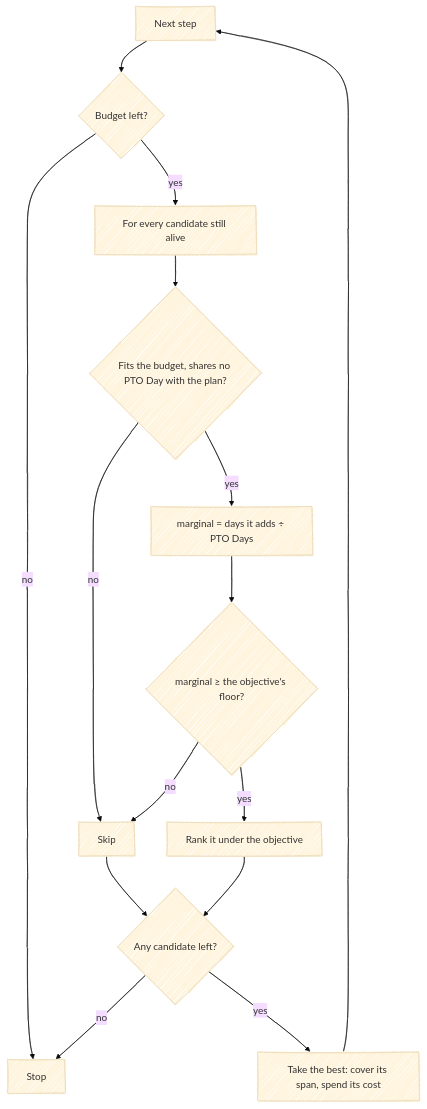
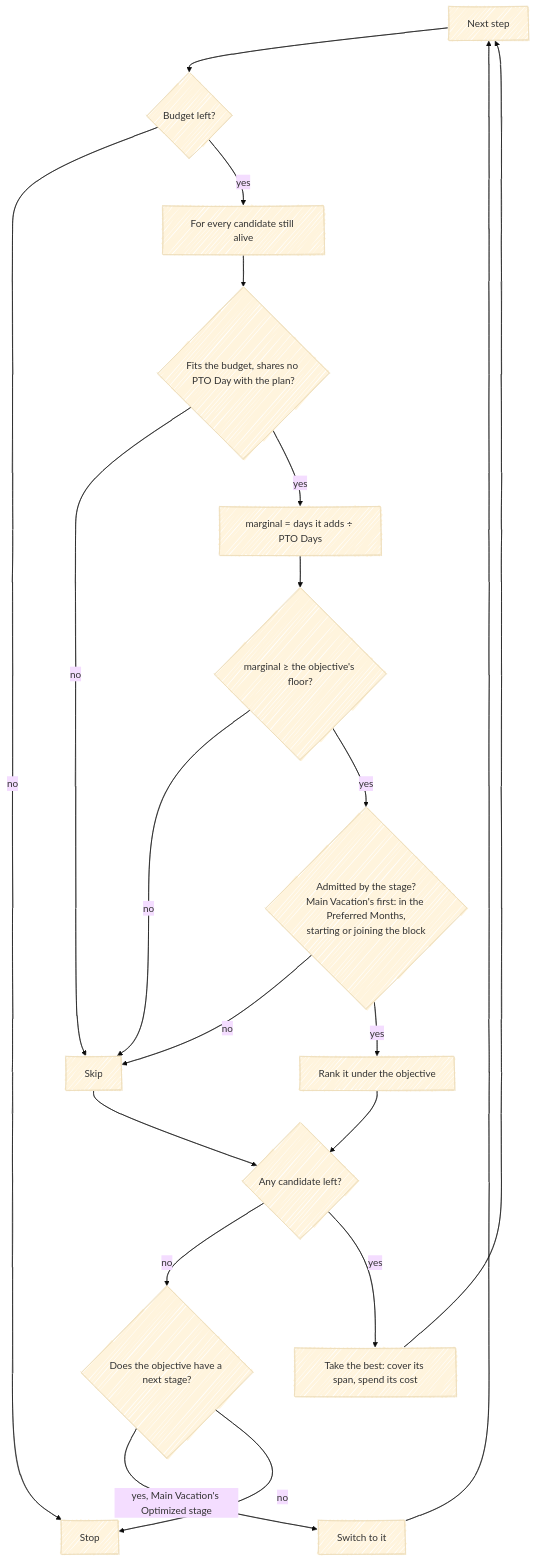
One commit to fbuireu/forever-pto changed the fourth of 4 diagrams in apps/docs/src/content/docs/how-it-works/planning-algorithm.mdx. Above: the diagram before and after it, drawn with Mermaid (base theme). The commit also changed other lines of this file and 21 other files, not shown here.

````diff
--- a/apps/docs/src/content/docs/how-it-works/planning-algorithm.mdx
+++ b/apps/docs/src/content/docs/how-it-works/planning-algorithm.mdx
@@ -139,21 +138,25 @@
 ```mermaid
 ---
 config:
   look: handDrawn
   layout: dagre
 ---
 flowchart TD
   STEP[Next step] --> SPENT{Budget left?}
   SPENT -- no --> DONE[Stop]
   SPENT -- yes --> EACH[For every candidate still alive]
   EACH --> FIT{Fits the budget, shares no PTO Day with the plan?}
   FIT -- no --> SKIP[Skip]
   FIT -- yes --> GAIN["marginal = days it adds ÷ PTO Days"]
   GAIN --> FLOOR{marginal ≥ the objective's floor?}
   FLOOR -- no --> SKIP
-  FLOOR -- yes --> RANK[Rank it under the objective]
+  FLOOR -- yes --> ADM{"Admitted by the stage?<br/>Main Vacation's first: in the Preferred Months,<br/>starting or joining the block"}
+  ADM -- no --> SKIP
+  ADM -- yes --> RANK[Rank it under the objective]
   RANK --> BEST{Any candidate left?}
   SKIP --> BEST
-  BEST -- no --> DONE
-  BEST -- yes --> TAKE[Take the best: cover its span, spend its cost] --> STEP
+  BEST -- no --> NEXT{"Does the objective have a next stage?"}
+  NEXT -- "yes, Main Vacation's Optimized stage" --> SWITCH[Switch to it] --> STEP
+  NEXT -- no --> DONE
+  BEST -- yes --> TAKE["Take the best: cover its span, spend its cost"] --> STEP
 ```
````
